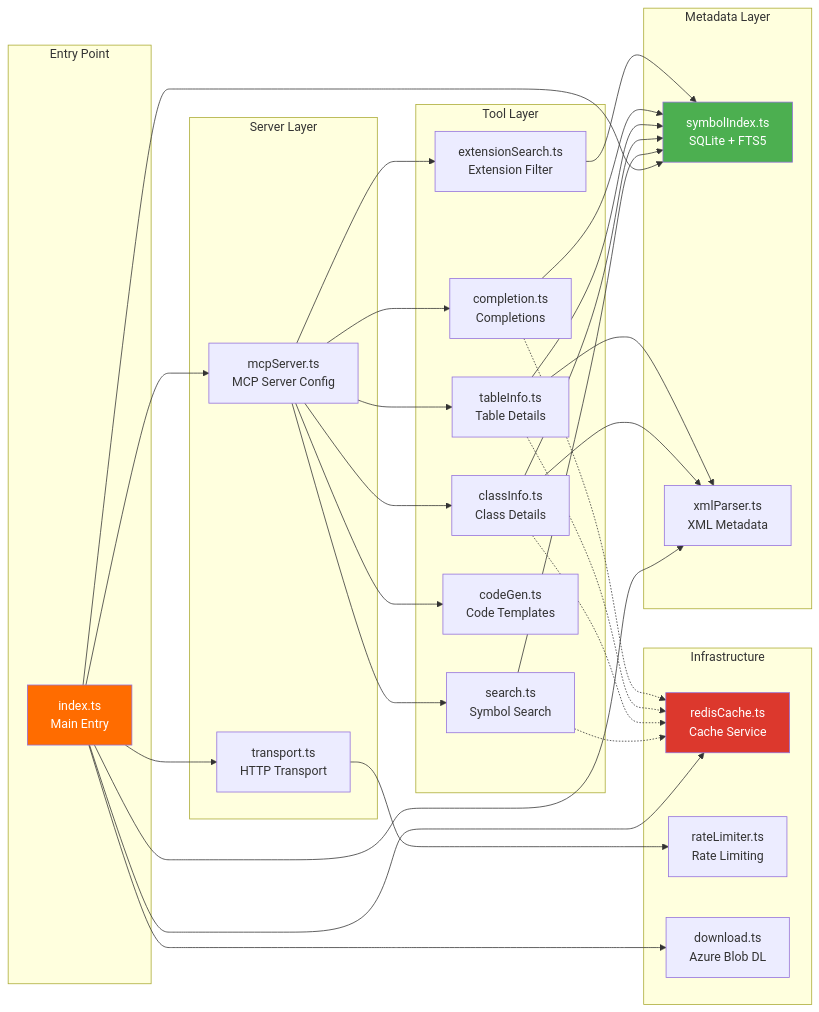
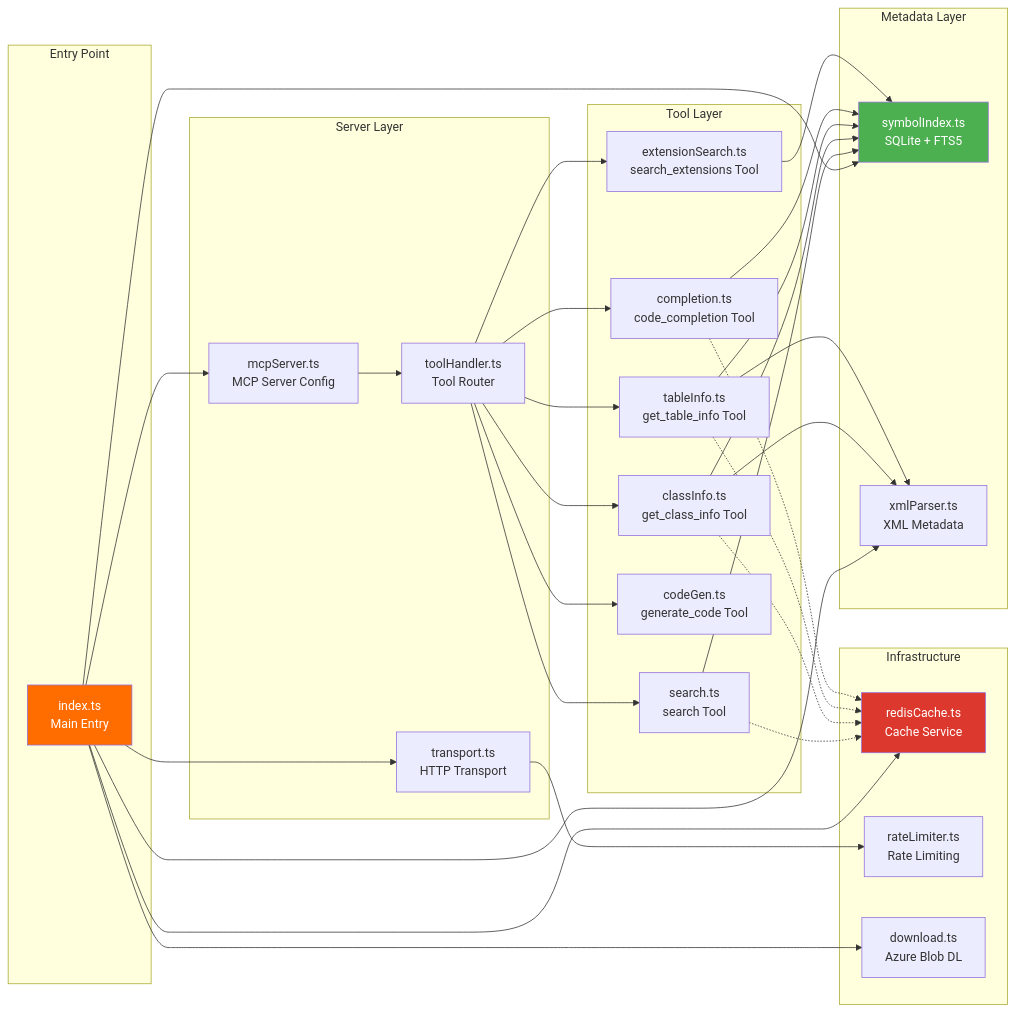
One commit to dynamics365ninja/d365fo-mcp-server changed the third of 16 diagrams in docs/ARCHITECTURE.md. Above: the diagram before and after it, drawn with Mermaid. The commit also changed other lines of this file and 11 other files, not shown here.

````diff
--- a/docs/ARCHITECTURE.md
+++ b/docs/ARCHITECTURE.md
@@ -98,64 +104,66 @@
 ```mermaid
 graph LR
     subgraph "Entry Point"
         INDEX[index.ts<br/>Main Entry]
     end
 
     subgraph "Server Layer"
         SERVER[mcpServer.ts<br/>MCP Server Config]
         TRANSPORT[transport.ts<br/>HTTP Transport]
+        HANDLER[toolHandler.ts<br/>Tool Router]
     end
 
     subgraph "Tool Layer"
-        SEARCH[search.ts<br/>Symbol Search]
-        CLASS[classInfo.ts<br/>Class Details]
-        TABLE[tableInfo.ts<br/>Table Details]
-        COMP[completion.ts<br/>Completions]
-        GEN[codeGen.ts<br/>Code Templates]
-        EXT[extensionSearch.ts<br/>Extension Filter]
+        SEARCH[search.ts<br/>search Tool]
+        CLASS[classInfo.ts<br/>get_class_info Tool]
+        TABLE[tableInfo.ts<br/>get_table_info Tool]
+        COMP[completion.ts<br/>code_completion Tool]
+        GEN[codeGen.ts<br/>generate_code Tool]
+        EXT[extensionSearch.ts<br/>search_extensions Tool]
     end
 
     subgraph "Metadata Layer"
         SYMBOL[symbolIndex.ts<br/>SQLite + FTS5]
         PARSER[xmlParser.ts<br/>XML Metadata]
     end
 
     subgraph "Infrastructure"
         CACHE_SVC[redisCache.ts<br/>Cache Service]
         RATE[rateLimiter.ts<br/>Rate Limiting]
         DOWNLOAD[download.ts<br/>Azure Blob DL]
     end
 
     INDEX --> SERVER
     INDEX --> TRANSPORT
     INDEX --> SYMBOL
     INDEX --> PARSER
     INDEX --> CACHE_SVC
     INDEX --> DOWNLOAD
 
-    SERVER --> SEARCH
-    SERVER --> CLASS
-    SERVER --> TABLE
-    SERVER --> COMP
-    SERVER --> GEN
-    SERVER --> EXT
+    SERVER --> HANDLER
+    HANDLER --> SEARCH
+    HANDLER --> CLASS
+    HANDLER --> TABLE
+    HANDLER --> COMP
+    HANDLER --> GEN
+    HANDLER --> EXT
 
     SEARCH --> SYMBOL
     CLASS --> SYMBOL
     CLASS --> PARSER
     TABLE --> SYMBOL
     TABLE --> PARSER
     COMP --> SYMBOL
     EXT --> SYMBOL
 
     SEARCH -.-> CACHE_SVC
     CLASS -.-> CACHE_SVC
     TABLE -.-> CACHE_SVC
     COMP -.-> CACHE_SVC
 
     TRANSPORT --> RATE
     
     style INDEX fill:#FF6C00,color:#fff
     style SYMBOL fill:#4CAF50,color:#fff
     style CACHE_SVC fill:#DC382D,color:#fff
 ```
````
